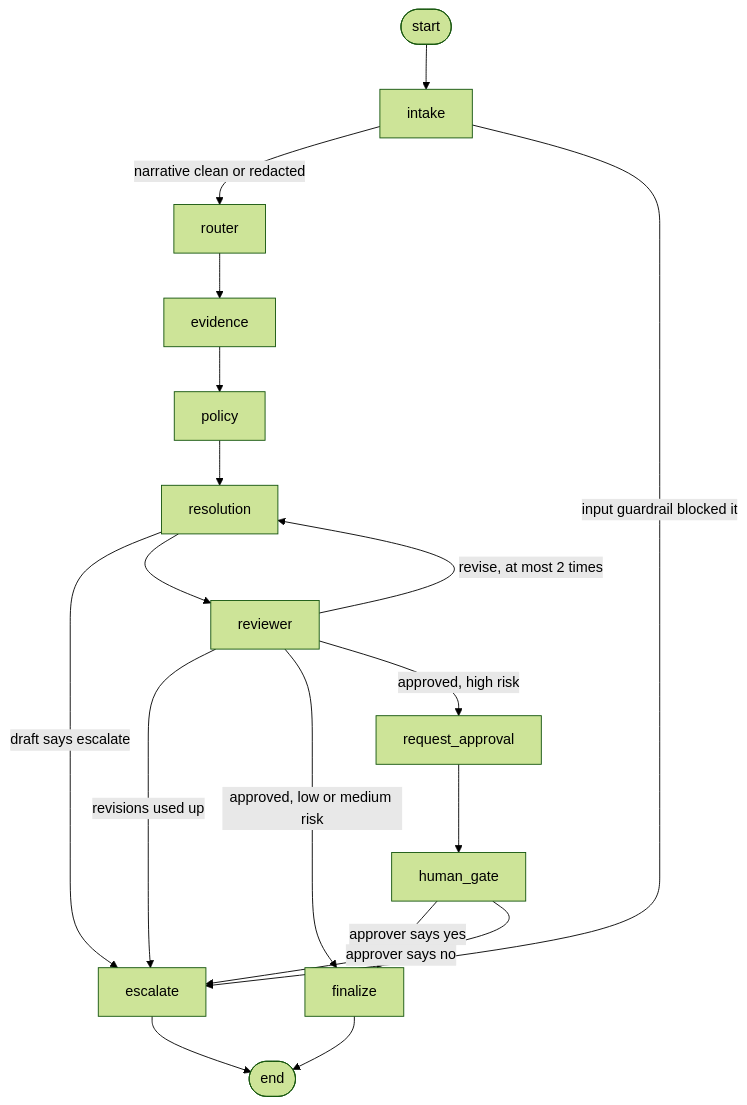
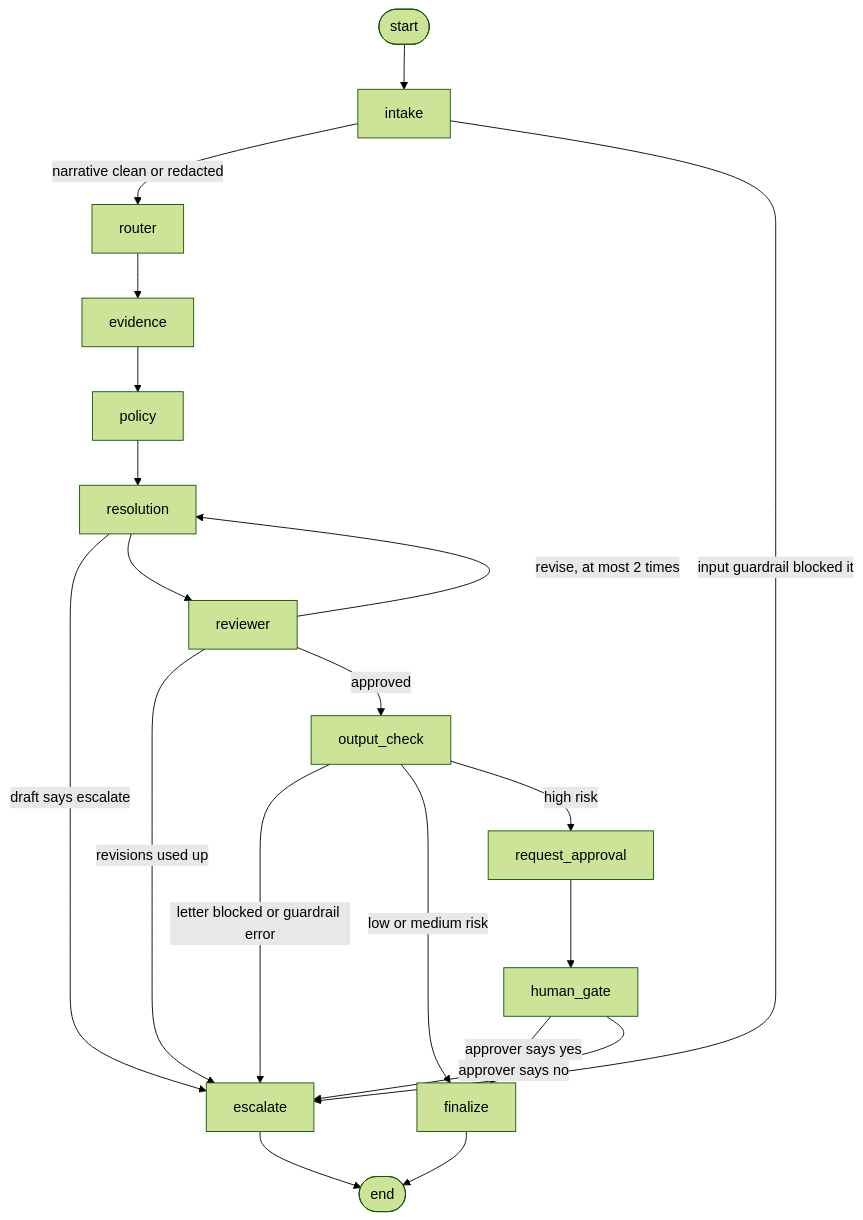
One commit to srinivasvarala/DisputeDesk-Multi-Agent-Card-Dispute-Resolution-Platform changed the second of 2 diagrams in docs/ARCHITECTURE.md. Above: the diagram before and after it, drawn with Mermaid (forest theme). The commit also changed other lines of this file and 5 other files, not shown here.

Commit message:
docs: record M10 (output guardrail, audit text rule, maker-checker) and add the phase 3 roadmap

````diff
--- a/docs/ARCHITECTURE.md
+++ b/docs/ARCHITECTURE.md
@@ -72,18 +72,20 @@
 ```mermaid
 flowchart TD
     START([start]) --> intake
     intake -->|"narrative clean or redacted"| router
     intake -->|"input guardrail blocked it"| escalate
     router --> evidence --> policy --> resolution
     resolution -->|"draft says escalate"| escalate
     resolution --> reviewer
     reviewer -->|"revise, at most 2 times"| resolution
     reviewer -->|"revisions used up"| escalate
-    reviewer -->|"approved, low or medium risk"| finalize
-    reviewer -->|"approved, high risk"| request_approval
+    reviewer -->|"approved"| output_check
+    output_check -->|"letter blocked or guardrail error"| escalate
+    output_check -->|"low or medium risk"| finalize
+    output_check -->|"high risk"| request_approval
     request_approval --> human_gate
     human_gate -->|"approver says yes"| finalize
     human_gate -->|"approver says no"| escalate
     finalize --> END([end])
     escalate --> END
 ```
````
